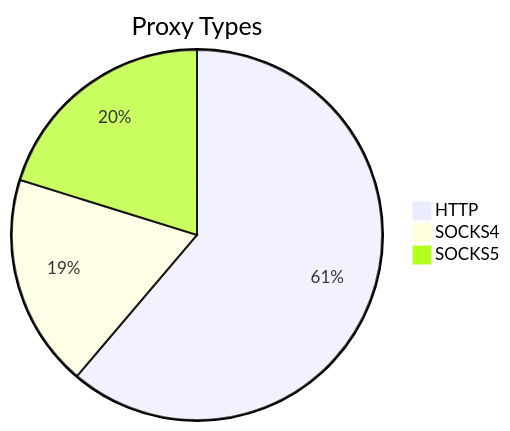
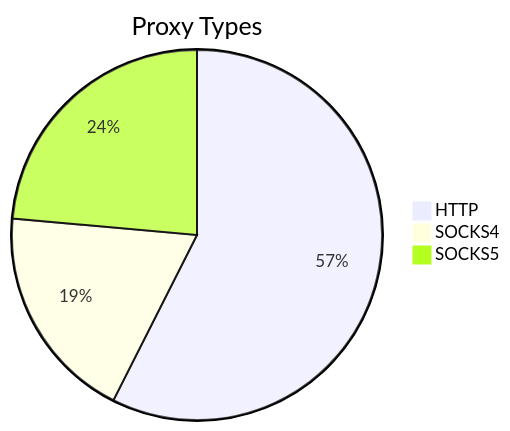
Before and after one commit to stormsia/proxy-list: the first of 2 diagrams in README.md, drawn with Mermaid. The commit also changed other lines of this file, not shown here.

````diff
--- a/README.md
+++ b/README.md
@@ -21,6 +21,6 @@
 ```mermaid
 pie title Proxy Types
-    "HTTP" : 303
-    "SOCKS4" : 92
-    "SOCKS5" : 100
+    "HTTP" : 212
+    "SOCKS4" : 70
+    "SOCKS5" : 87
 ```
````
